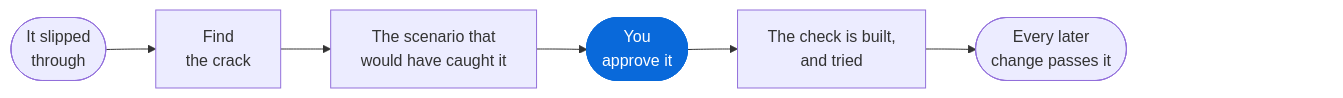
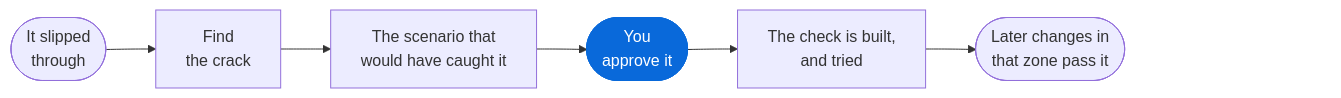
Before and after one commit to MarsGotta/gdd: the fourth of 4 diagrams in skills/README.md, drawn with Mermaid. The commit also changed other lines of this file and 4 other files, not shown here.

````diff
--- a/skills/README.md
+++ b/skills/README.md
@@ -216,16 +219,16 @@
 ```mermaid
 flowchart LR
     accTitle: Hardening, step by step
-    accDescr: Something slipped through. The orchestrator finds the crack in the brief and the log, proposes the scenario that would have caught it, you approve the change to the blueprint, the check is built and tried, and every later change passes it.
+    accDescr: Something slipped through, or keeps repeating. The orchestrator finds the crack in the brief and the log, proposes the scenario that would have caught it, you or your team approve the change to the blueprint, the check is built and tried, and every later change in that zone passes it.
     S(["It slipped<br/>through"]) --> C["Find<br/>the crack"]
     C --> P["The scenario that<br/>would have caught it"]
     P --> A(["You<br/>approve it"])
     A --> K["The check is built,<br/>and tried"]
-    K --> E(["Every later<br/>change passes it"])
+    K --> E(["Later changes in<br/>that zone pass it"])
     %% An empty node keeps the right side free: GitHub draws its zoom buttons there
     E ~~~ Z["zoom buttons"]
     classDef you fill:#0969da,stroke:#0969da,color:#ffffff
     classDef room fill:none,stroke:none,color:transparent
     class A you
     class Z room
 ```
````
